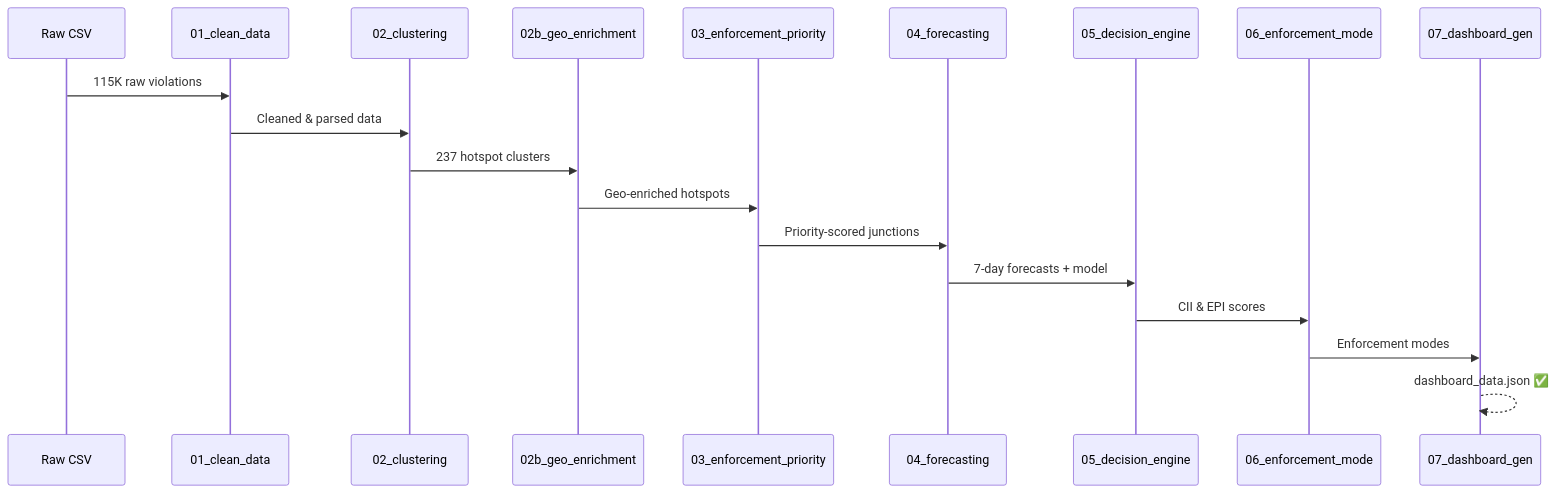
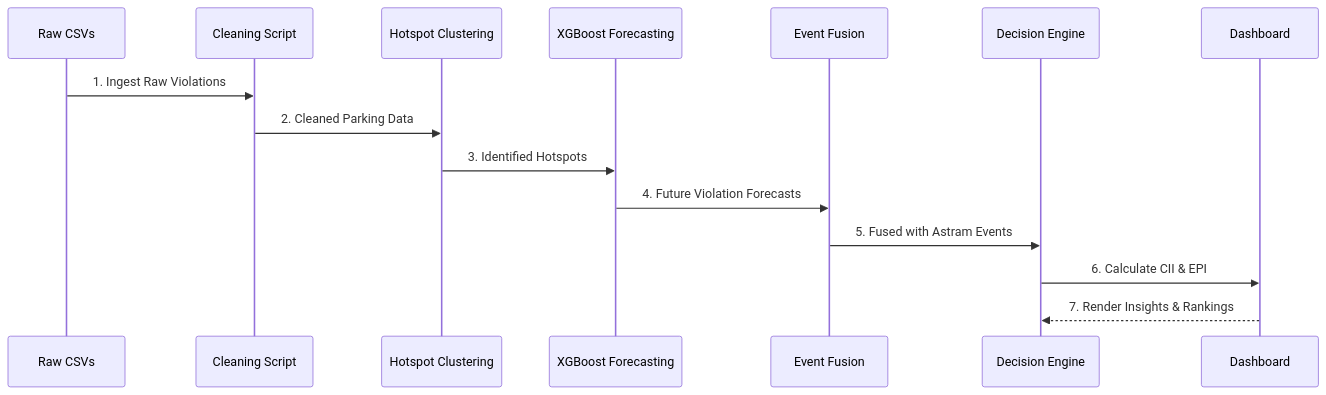
Before and after one commit to sanyam-15/Parkplus: the second of 2 diagrams in README.md, drawn with Mermaid. The commit also changed other lines of this file, not shown here.

````diff
--- a/README.md
+++ b/README.md
@@ -129,22 +76,18 @@
 ```mermaid
 sequenceDiagram
-    participant CSV as Raw CSV
-    participant S1 as 01_clean_data
-    participant S2 as 02_clustering
-    participant S3 as 02b_geo_enrichment
-    participant S4 as 03_enforcement_priority
-    participant S5 as 04_forecasting
-    participant S6 as 05_decision_engine
-    participant S7 as 06_enforcement_mode
-    participant S8 as 07_dashboard_gen
+    participant Data as Raw CSVs
+    participant Clean as Cleaning Script
+    participant Cluster as Hotspot Clustering
+    participant ML as XGBoost Forecasting
+    participant Fusion as Event Fusion
+    participant Engine as Decision Engine
+    participant UI as Dashboard
 
-    CSV->>S1: 115K raw violations
-    S1->>S2: Cleaned & parsed data
-    S2->>S3: 237 hotspot clusters
-    S3->>S4: Geo-enriched hotspots
-    S4->>S5: Priority-scored junctions
-    S5->>S6: 7-day forecasts + model
-    S6->>S7: CII & EPI scores
-    S7->>S8: Enforcement modes
-    S8-->>S8: dashboard_data.json ✅
+    Data->>Clean: 1. Ingest Raw Violations
+    Clean->>Cluster: 2. Cleaned Parking Data
+    Cluster->>ML: 3. Identified Hotspots
+    ML->>Fusion: 4. Future Violation Forecasts
+    Fusion->>Engine: 5. Fused with Astram Events
+    Engine->>UI: 6. Calculate CII & EPI
+    UI-->>Engine: 7. Render Insights & Rankings
 ```
````
